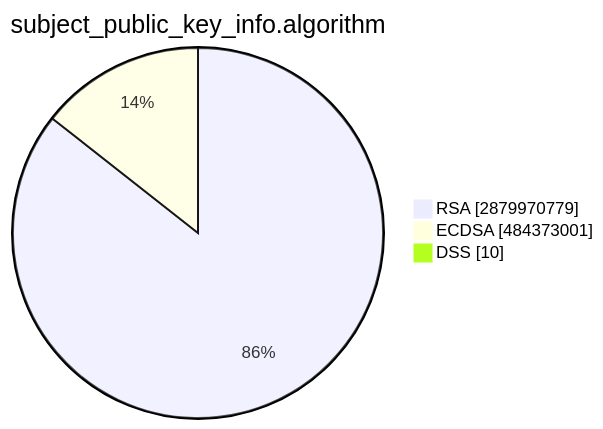
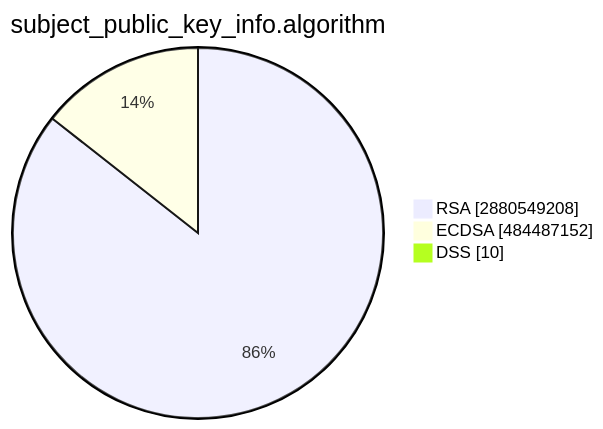
Before and after one commit to christiankrug/ctmonitor_visualization: the second of 15 diagrams in TOTAL/README.md, drawn with Mermaid. The commit also changed other lines of this file, not shown here.

````diff
--- a/TOTAL/README.md
+++ b/TOTAL/README.md
@@ -6,7 +6,7 @@
 ```mermaid
 pie showData
 title subject_public_key_info.algorithm
-"RSA" :2879970779
-"ECDSA" :484373001
+"RSA" :2880549208
+"ECDSA" :484487152
 "DSS" :10
 ```
````
